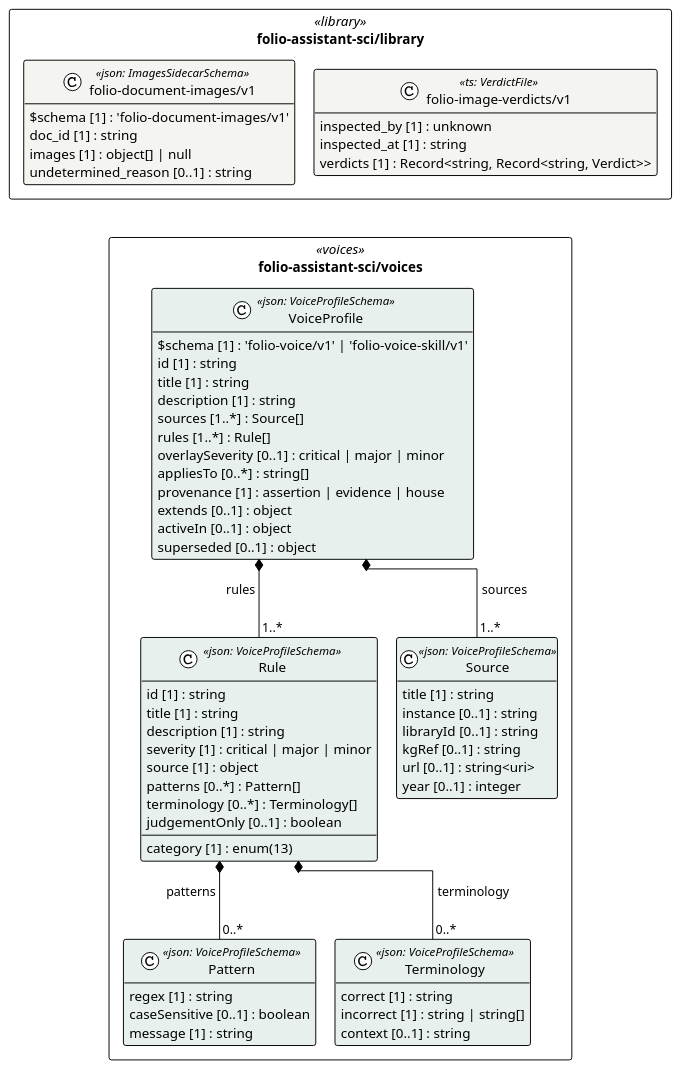
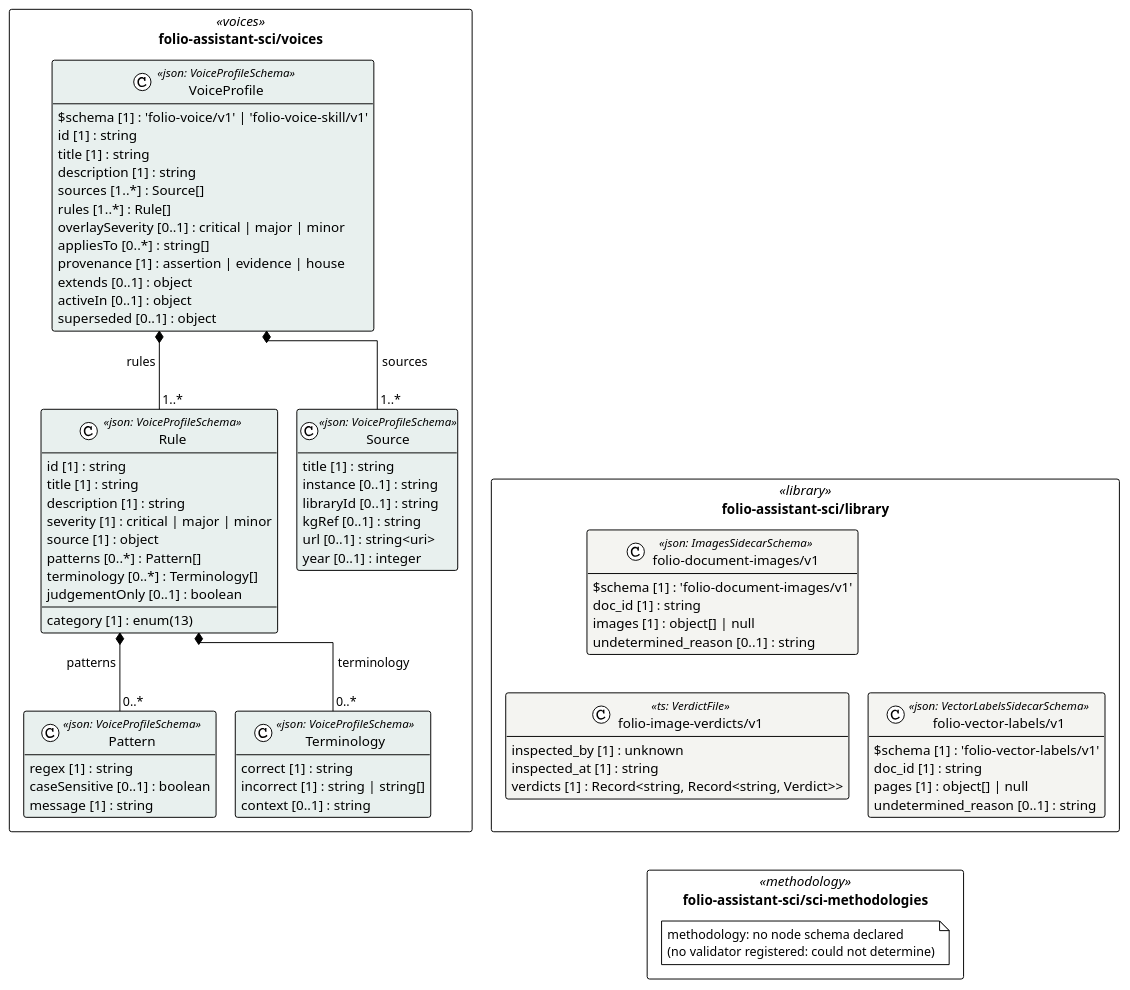
Before and after one commit to litlfred/folio-assistant: the diagram in cat-harness/uml/overview/folio-assistant-sci.puml, drawn with PlantUML. The commit also changed 346 other files, not shown here.

First line of the commit message:
Ingest three Lean-autoformalization papers into folio-assistant-sci

```diff
--- a/cat-harness/uml/overview/folio-assistant-sci.puml
+++ b/cat-harness/uml/overview/folio-assistant-sci.puml
@@ -3,74 +3,83 @@
 @startuml folio_assistant_sci
 !pragma layout elk
 !theme plain
 skinparam classAttributeIconSize 0
 skinparam shadowing false
 skinparam packageStyle rectangle
 hide empty methods
 
 package "folio-assistant-sci/library" as pkg_folio_assistant_sci_library <<library>> {
   class "folio-document-images/v1" as folio_assistant_sci_library_folio_document_images_v1_folio_document_images_v1 <<json: ImagesSidecarSchema>> #f4f4f1 {
     $schema [1] : 'folio-document-images/v1'
     doc_id [1] : string
     images [1] : object[] | null
     undetermined_reason [0..1] : string
   }
   class "folio-image-verdicts/v1" as folio_assistant_sci_library_folio_image_verdicts_v1 <<ts: VerdictFile>> #f4f4f1 {
     inspected_by [1] : unknown
     inspected_at [1] : string
     verdicts [1] : Record<string, Record<string, Verdict>>
+  }
+  class "folio-vector-labels/v1" as folio_assistant_sci_library_folio_vector_labels_v1_folio_vector_labels_v1 <<json: VectorLabelsSidecarSchema>> #f4f4f1 {
+    $schema [1] : 'folio-vector-labels/v1'
+    doc_id [1] : string
+    pages [1] : object[] | null
+    undetermined_reason [0..1] : string
   }
 }
 package "folio-assistant-sci/voices" as pkg_folio_assistant_sci_voices <<voices>> {
   class "Source" as folio_assistant_sci_voices_Source <<json: VoiceProfileSchema>> #e8f0ee {
     title [1] : string
     instance [0..1] : string
     libraryId [0..1] : string
     kgRef [0..1] : string
     url [0..1] : string<uri>
     year [0..1] : integer
   }
   class "Pattern" as folio_assistant_sci_voices_Pattern <<json: VoiceProfileSchema>> #e8f0ee {
     regex [1] : string
     caseSensitive [0..1] : boolean
     message [1] : string
   }
   class "Terminology" as folio_assistant_sci_voices_Terminology <<json: VoiceProfileSchema>> #e8f0ee {
     correct [1] : string
     incorrect [1] : string | string[]
     context [0..1] : string
   }
   class "Rule" as folio_assistant_sci_voices_Rule <<json: VoiceProfileSchema>> #e8f0ee {
     id [1] : string
     title [1] : string
     description [1] : string
     category [1] : enum(13)
     severity [1] : critical | major | minor
     source [1] : object
     patterns [0..*] : Pattern[]
     terminology [0..*] : Terminology[]
     judgementOnly [0..1] : boolean
   }
   class "VoiceProfile" as folio_assistant_sci_voices_VoiceProfile <<json: VoiceProfileSchema>> #e8f0ee {
     $schema [1] : 'folio-voice/v1' | 'folio-voice-skill/v1'
     id [1] : string
     title [1] : string
     description [1] : string
     sources [1..*] : Source[]
     rules [1..*] : Rule[]
     overlaySeverity [0..1] : critical | major | minor
     appliesTo [0..*] : string[]
     provenance [1] : assertion | evidence | house
     extends [0..1] : object
     activeIn [0..1] : object
     superseded [0..1] : object
   }
 }
+package "folio-assistant-sci/sci-methodologies" as pkg_folio_assistant_sci_sci_methodologies <<methodology>> {
+  note "methodology: no node schema declared\n(no validator registered: could not determine)" as n_folio_assistant_sci_sci_methodologies_methodology
+}
 
 folio_assistant_sci_voices_VoiceProfile *-- "1..*" folio_assistant_sci_voices_Source : sources
 folio_assistant_sci_voices_Rule *-- "0..*" folio_assistant_sci_voices_Pattern : patterns
 folio_assistant_sci_voices_Rule *-- "0..*" folio_assistant_sci_voices_Terminology : terminology
 folio_assistant_sci_voices_VoiceProfile *-- "1..*" folio_assistant_sci_voices_Rule : rules
-' grid: portrait, 1 column(s) — pkg_folio_assistant_sci_library pkg_folio_assistant_sci_voices
-pkg_folio_assistant_sci_library -[hidden]down- pkg_folio_assistant_sci_voices
+' grid: portrait, 2 column(s) — pkg_folio_assistant_sci_library pkg_folio_assistant_sci_voices pkg_folio_assistant_sci_sci_methodologies
+pkg_folio_assistant_sci_library -[hidden]down- pkg_folio_assistant_sci_sci_methodologies
 @enduml
```
